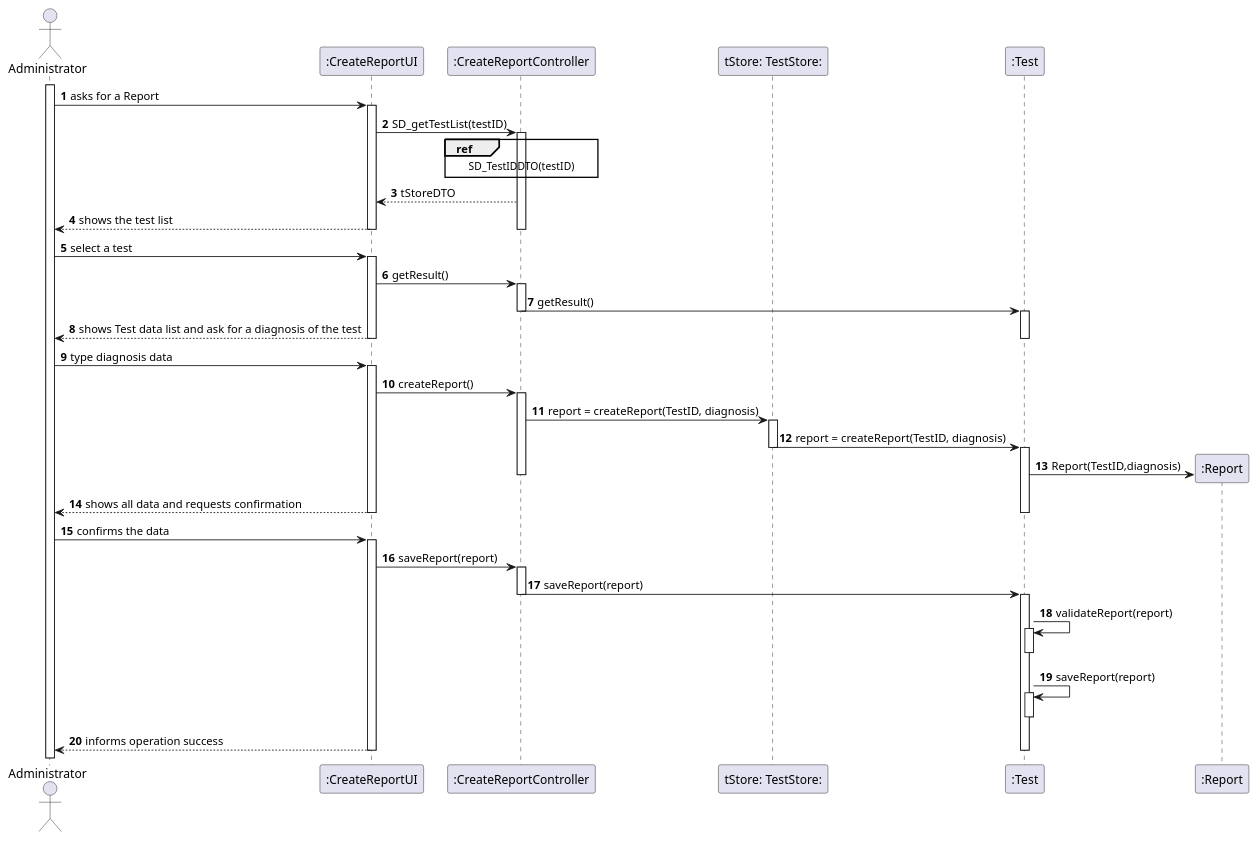
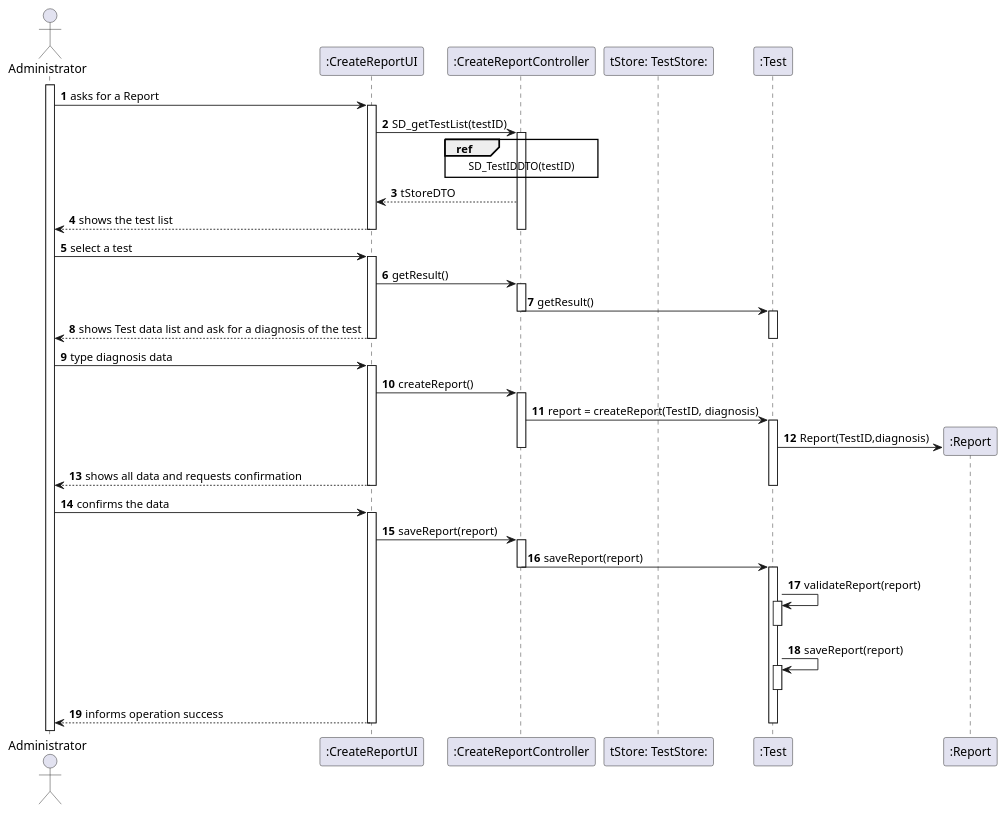
Before and after one commit to MarianaCLages/LAPR2: the diagram in docs/SprintC/US14/US14_SD.puml, drawn with PlantUML.

Commit message:
US14 - SD final changes

```diff
--- a/docs/SprintC/US14/US14_SD.puml
+++ b/docs/SprintC/US14/US14_SD.puml
@@ -1,121 +1,120 @@
 @startuml
 autonumber
 
 actor "Administrator" as Administrator
 
 participant ":CreateReportUI" as UI
 participant ":CreateReportController" as CTRL
 participant "tStore: TestStore:" as TESTSTORE
 participant ":Test" as TEST
 participant ":Report" as REPORT
 
 
 activate Administrator
 Administrator -> UI: asks for a Report
 activate UI
 
 UI -> CTRL : SD_getTestList(testID)
 ref over CTRL: SD_TestIDDTO(testID)
 activate CTRL
 
 CTRL --> UI: tStoreDTO
 
 
 
 
 
 
 
 
 
 UI --> Administrator :shows the test list
 deactivate UI
 deactivate CTRL
 
 Administrator -> UI : select a test
 activate UI
 
 UI -> CTRL : getResult()
 
 
 
 activate CTRL
 
 CTRL -> TEST : getResult()
 
 deactivate CTRL
 
 
 activate TEST
 
 
 UI --> Administrator : shows Test data list and ask for a diagnosis of the test
 deactivate UI
 
 
 deactivate TEST
 
 
 Administrator -> UI : type diagnosis data
 activate UI
 
 
 
 
 UI-> CTRL : createReport()
 activate CTRL
 
 
 
 
-CTRL -> TESTSTORE : report = createReport(TestID, diagnosis)
-activate TESTSTORE
 
 
 
-TESTSTORE -> TEST : report = createReport(TestID, diagnosis)
 
-deactivate TESTSTORE
+
+CTRL -> TEST : report = createReport(TestID, diagnosis)
+
 activate TEST
 TEST -> REPORT ** :  Report(TestID,diagnosis)
 
 
 
 
 
 deactivate CTRL
 
 
 
 UI --> Administrator : shows all data and requests confirmation
 deactivate UI
 deactivate TEST
 
 Administrator -> UI : confirms the data
 activate UI
 
 UI-> CTRL : saveReport(report)
 activate CTRL
 
 CTRL -> TEST : saveReport(report)
 deactivate CTRL
 activate TEST
 TEST -> TEST : validateReport(report)
 activate TEST
 deactivate TEST
 TEST -> TEST : saveReport(report)
 activate TEST
 deactivate TEST
 
 UI --> Administrator : informs operation success
 deactivate UI
 
 deactivate TEST
 
 
 
 
 
 
 
 @enduml
```
